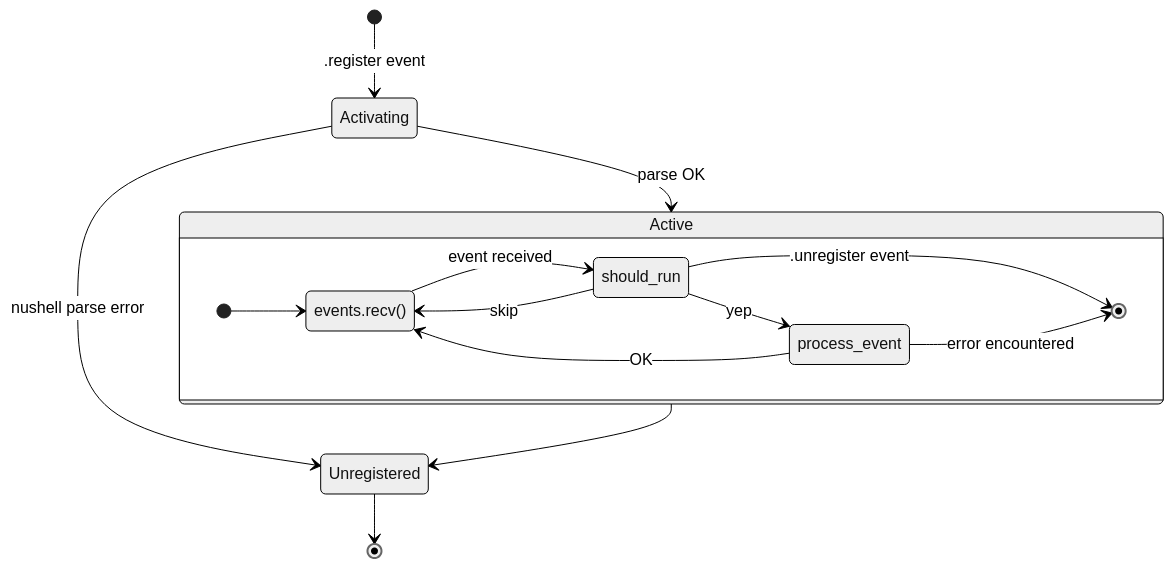
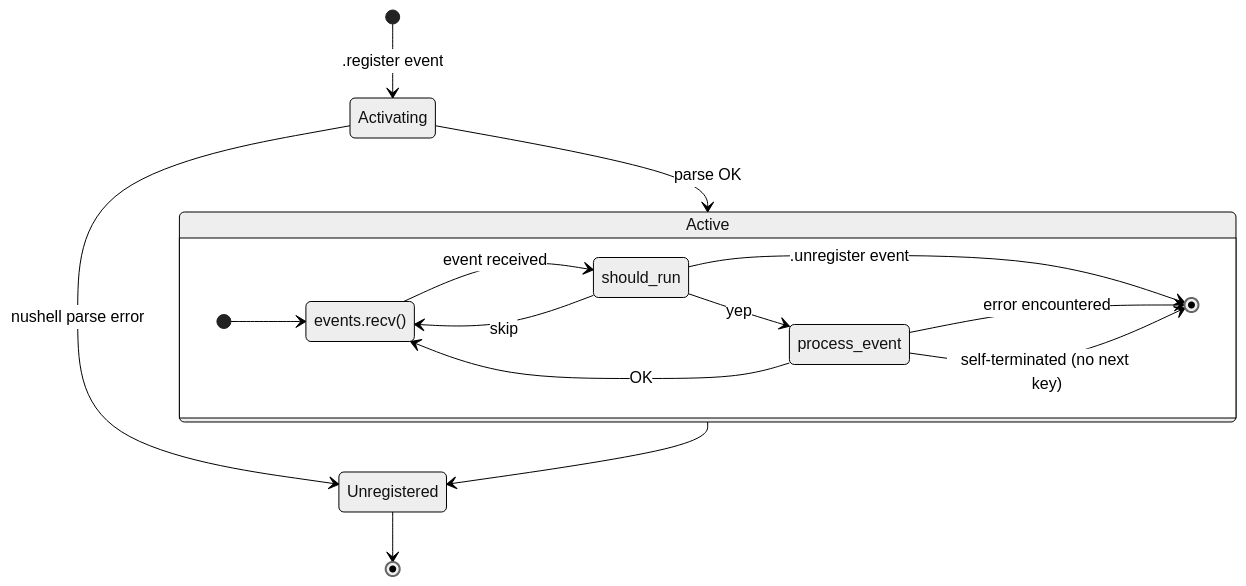
Before and after one commit to cablehead/xs: the diagram in docs/src/content/docs/reference/actors.mdx, drawn with Mermaid (neutral theme). The commit also changed other lines of this file and 14 other files, not shown here.

````diff
--- a/docs/src/content/docs/reference/actors.mdx
+++ b/docs/src/content/docs/reference/actors.mdx
@@ -162,22 +181,23 @@
 ```mermaid
 stateDiagram-v2
     [*] --> Activating: .register event
     Activating --> Unregistered: nushell parse error
     Activating --> Active : parse OK
     Unregistered --> [*]
 
     state Active {
         direction LR
         [*] --> events.recv()
         events.recv() --> should_run: event received
 
         should_run --> events.recv(): skip
         should_run --> process_event: yep
         should_run --> [*]: .unregister event
 
         process_event --> [*]: error encountered
+        process_event --> [*]: self-terminated (no next key)
         process_event --> events.recv(): OK
     }
 
     Active --> Unregistered
 ```
````
